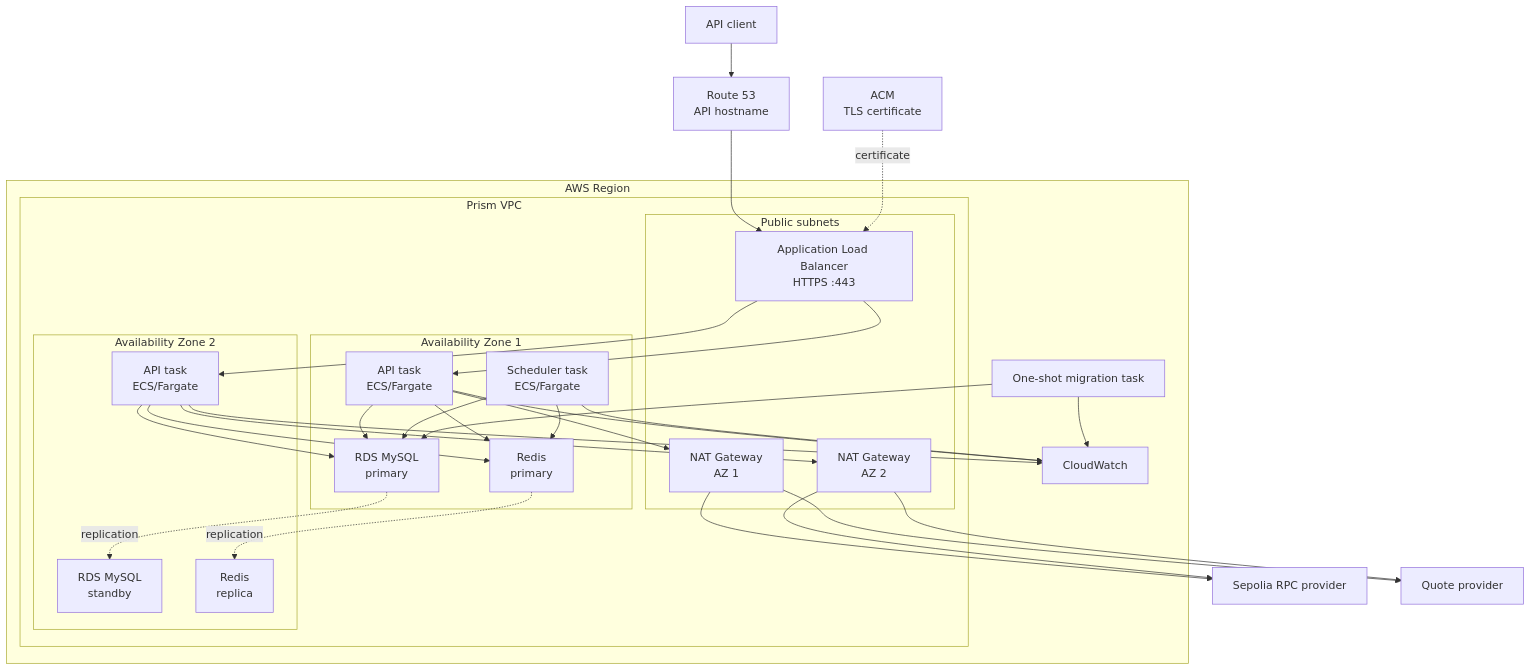
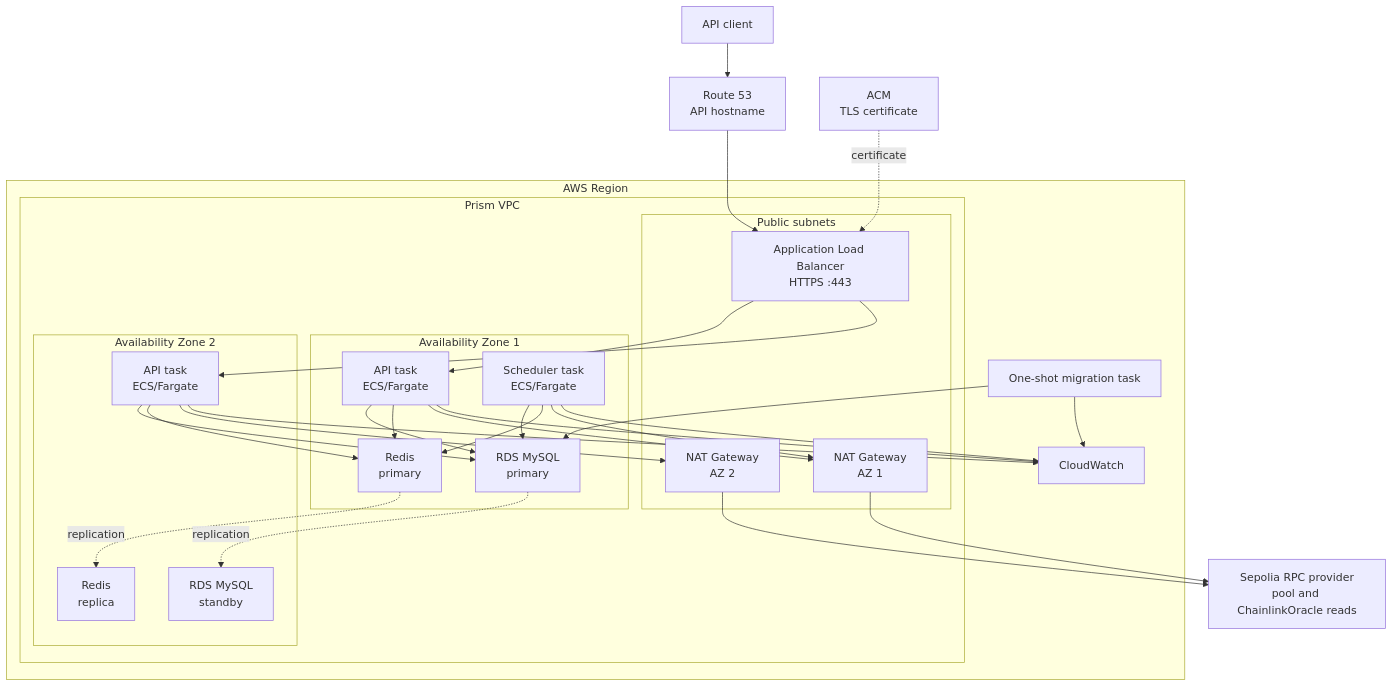
The first of 4 diagrams in infra/README.md (lancechuangdev/prism), drawn with Mermaid before and after one commit. The commit also changed other lines of this file and 23 other files, not shown here.

Commit message:
implemented the backend migration from the external HTTP quote service to the deployed ChainlinkOracle.

````diff
--- a/infra/README.md
+++ b/infra/README.md
@@ -9,62 +9,60 @@
 ```mermaid
 flowchart TB
     Client["API client"]
     DNS["Route 53<br/>API hostname"]
     Certificate["ACM<br/>TLS certificate"]
 
     subgraph Region["AWS Region"]
         subgraph VPC["Prism VPC"]
             subgraph Public["Public subnets"]
                 ALB["Application Load Balancer<br/>HTTPS :443"]
                 NAT1["NAT Gateway<br/>AZ 1"]
                 NAT2["NAT Gateway<br/>AZ 2"]
             end
 
             subgraph Zone1["Availability Zone 1"]
                 API1["API task<br/>ECS/Fargate"]
                 Scheduler["Scheduler task<br/>ECS/Fargate"]
                 DB1["RDS MySQL<br/>primary"]
                 Cache1["Redis<br/>primary"]
             end
 
             subgraph Zone2["Availability Zone 2"]
                 API2["API task<br/>ECS/Fargate"]
                 DB2["RDS MySQL<br/>standby"]
                 Cache2["Redis<br/>replica"]
             end
         end
 
         Logs["CloudWatch"]
         Migration["One-shot migration task"]
     end
 
-    RPC["Sepolia RPC provider"]
-    Quotes["Quote provider"]
+    RPC["Sepolia RPC provider<br/>pool and ChainlinkOracle reads"]
 
     Client --> DNS --> ALB
     Certificate -. "certificate" .-> ALB
     ALB --> API1
     ALB --> API2
 
     API1 --> DB1
     API2 --> DB1
     Scheduler --> DB1
     Migration --> DB1
 
     API1 --> Cache1
     API2 --> Cache1
     Scheduler --> Cache1
 
     DB1 -. "replication" .-> DB2
     Cache1 -. "replication" .-> Cache2
 
     API1 --> NAT1 --> RPC
     API2 --> NAT2 --> RPC
-    NAT1 --> Quotes
-    NAT2 --> Quotes
+    Scheduler --> NAT1
 
     API1 --> Logs
     API2 --> Logs
     Scheduler --> Logs
     Migration --> Logs
 ```
````
